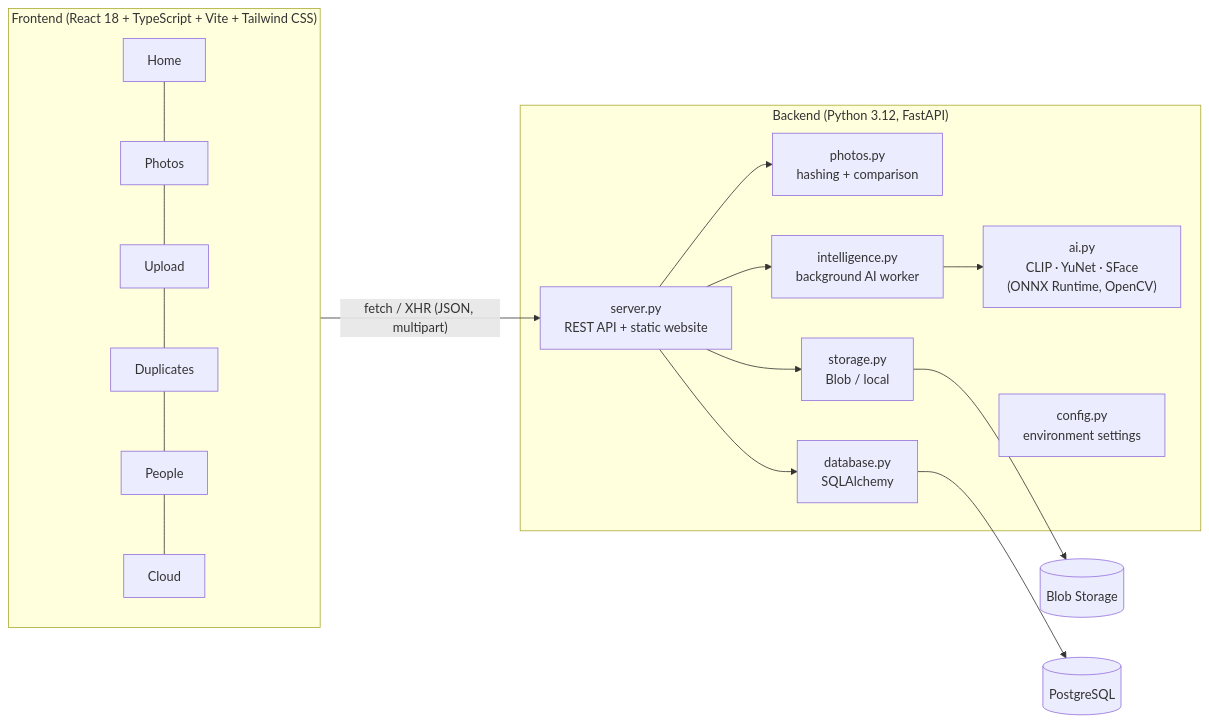
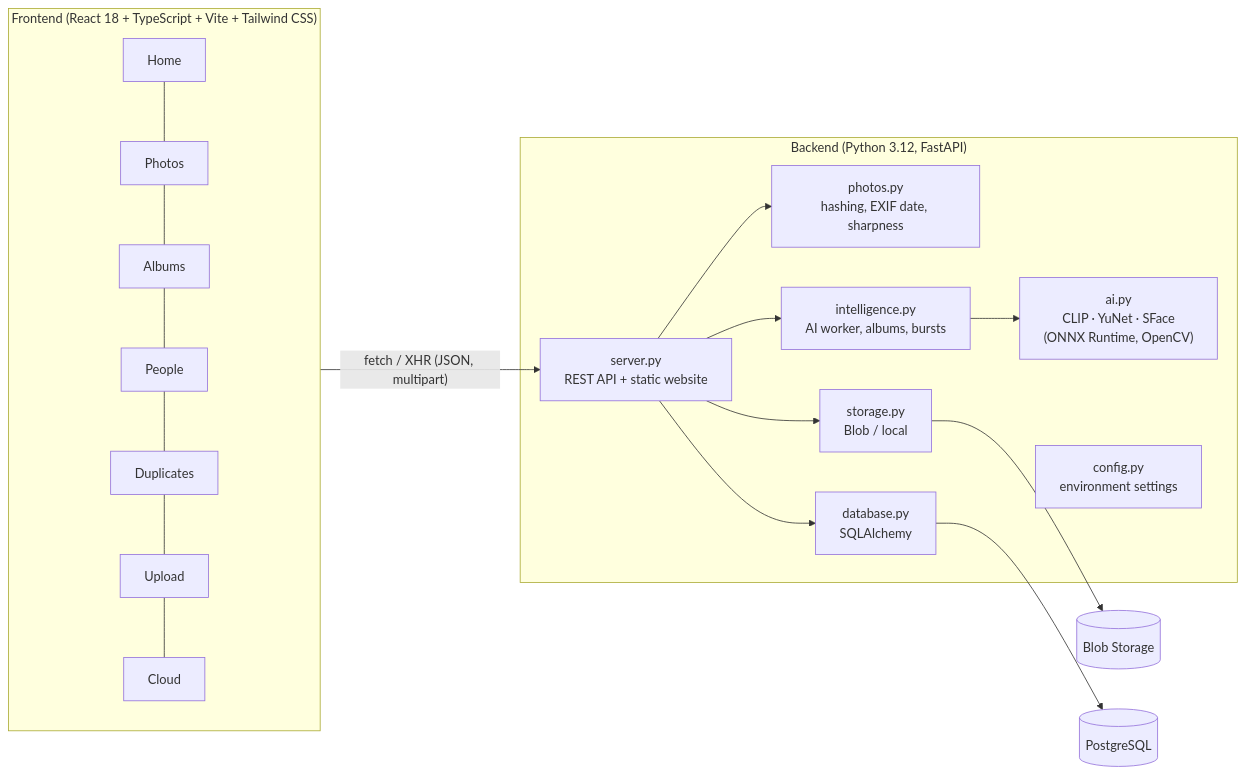
The second of 4 diagrams in docs/technical-design-document.md (Arnav-Dugad/imagevault-ai), drawn with Mermaid before and after one commit. The commit also changed other lines of this file and 35 other files, not shown here.

Commit message:
v3.4.0: batch editing, albums, bursts, people merge/split (#13)

````diff
--- a/docs/technical-design-document.md
+++ b/docs/technical-design-document.md
@@ -126,20 +127,20 @@
 ```mermaid
 flowchart LR
     subgraph Frontend["Frontend (React 18 + TypeScript + Vite + Tailwind CSS)"]
-      P1["Home"] --- P2["Photos"] --- P3["Upload"] --- P4["Duplicates"] --- P6["People"] --- P5["Cloud"]
+      P1["Home"] --- P2["Photos"] --- P7["Albums"] --- P6["People"] --- P4["Duplicates"] --- P3["Upload"] --- P5["Cloud"]
     end
     subgraph Backend["Backend (Python 3.12, FastAPI)"]
       API["server.py<br/>REST API + static website"]
-      PH["photos.py<br/>hashing + comparison"]
-      INT["intelligence.py<br/>background AI worker"]
+      PH["photos.py<br/>hashing, EXIF date, sharpness"]
+      INT["intelligence.py<br/>AI worker, albums, bursts"]
       AIM["ai.py<br/>CLIP · YuNet · SFace<br/>(ONNX Runtime, OpenCV)"]
       STO["storage.py<br/>Blob / local"]
       DBM["database.py<br/>SQLAlchemy"]
       CFG["config.py<br/>environment settings"]
     end
     Frontend -- "fetch / XHR (JSON, multipart)" --> API
     API --> PH & STO & DBM & INT
     INT --> AIM
     STO --> BLOB[("Blob Storage")]
     DBM --> PG[("PostgreSQL")]
 ```
````
